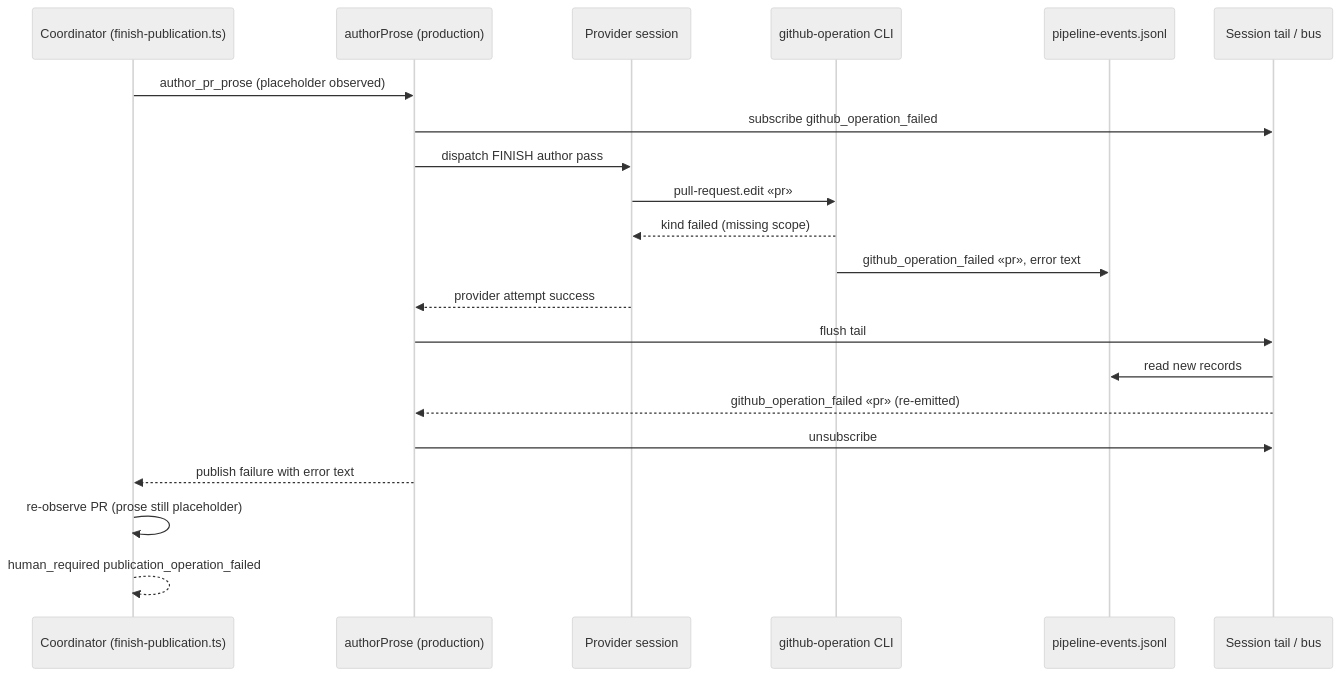
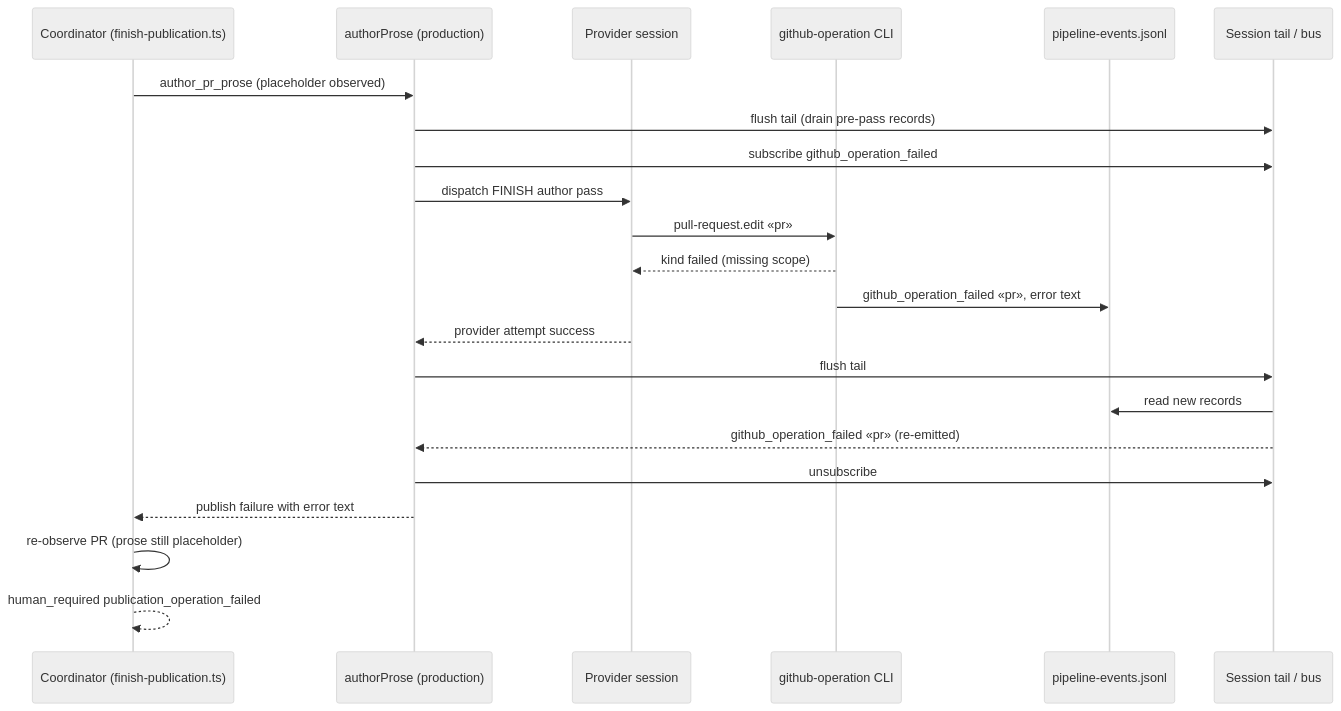
Before and after one commit to jstoup111/ai-conductor: the second of 2 diagrams in .docs/architecture/finish-pr-body-publish-fails-on-token-scope-and-ha.md, drawn with Mermaid (neutral theme). The commit also changed other lines of this file and 3 other files, not shown here.

First line of the commit message:
spec: drain the session tail before authorProse subscribes (operator decision 2026-10-25)

````diff
--- a/.docs/architecture/finish-pr-body-publish-fails-on-token-scope-and-ha.md
+++ b/.docs/architecture/finish-pr-body-publish-fails-on-token-scope-and-ha.md
@@ -53,23 +53,24 @@
 ```mermaid
 sequenceDiagram
     participant C as Coordinator (finish-publication.ts)
     participant A as authorProse (production)
     participant P as Provider session
     participant G as github-operation CLI
     participant S as pipeline-events.jsonl
     participant T as Session tail / bus
     C->>A: author_pr_prose (placeholder observed)
+    A->>T: flush tail (drain pre-pass records)
     A->>T: subscribe github_operation_failed
     A->>P: dispatch FINISH author pass
     P->>G: pull-request.edit «pr»
     G-->>P: kind failed (missing scope)
     G->>S: github_operation_failed «pr», error text
     P-->>A: provider attempt success
     A->>T: flush tail
     T->>S: read new records
     T-->>A: github_operation_failed «pr» (re-emitted)
     A->>T: unsubscribe
     A-->>C: publish failure with error text
     C->>C: re-observe PR (prose still placeholder)
     C-->>C: human_required publication_operation_failed
 ```
````
